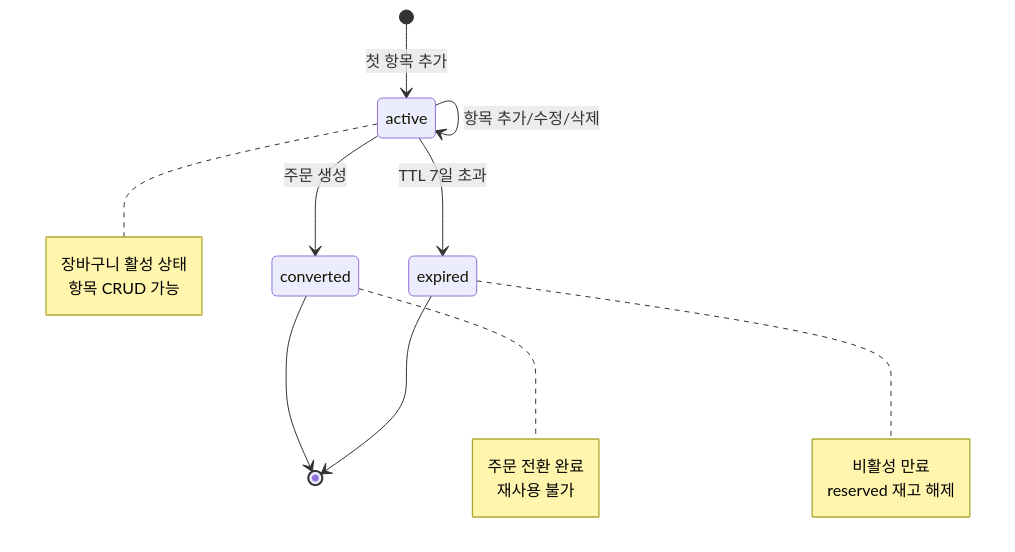
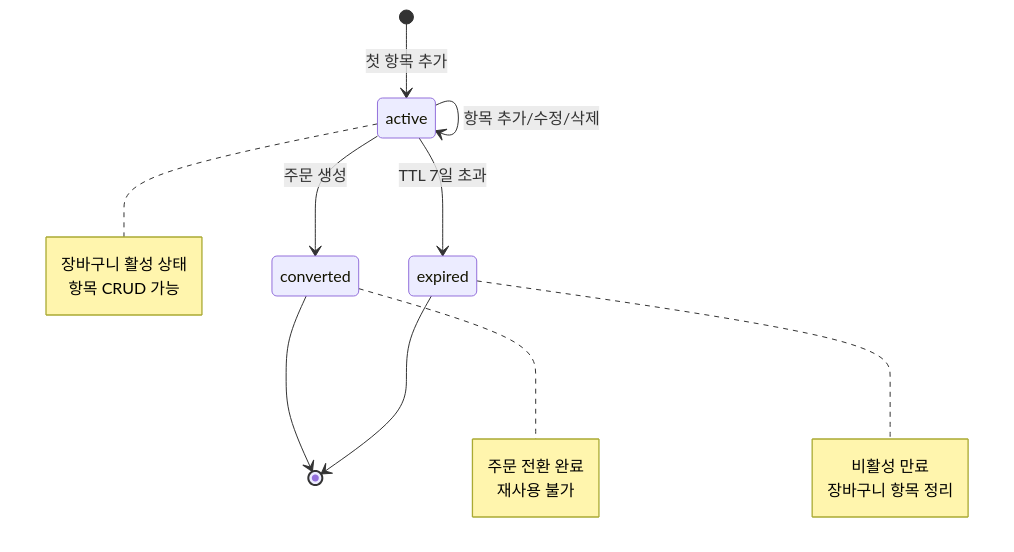
Before and after one commit to p-iknow/fullstack-forge: the diagram in docs/01-prd/04-cart/01-overview.md, drawn with Mermaid. The commit also changed other lines of this file and 124 other files, not shown here.

````diff
--- a/docs/01-prd/04-cart/01-overview.md
+++ b/docs/01-prd/04-cart/01-overview.md
@@ -25,22 +26,22 @@
 ```mermaid
 stateDiagram-v2
     [*] --> active : 첫 항목 추가
     active --> active : 항목 추가/수정/삭제
     active --> converted : 주문 생성
     active --> expired : TTL 7일 초과
     converted --> [*]
     expired --> [*]
 
     note right of active
         장바구니 활성 상태
         항목 CRUD 가능
     end note
     note right of converted
         주문 전환 완료
         재사용 불가
     end note
     note right of expired
         비활성 만료
-        reserved 재고 해제
+        장바구니 항목 정리
     end note
 ```
````
